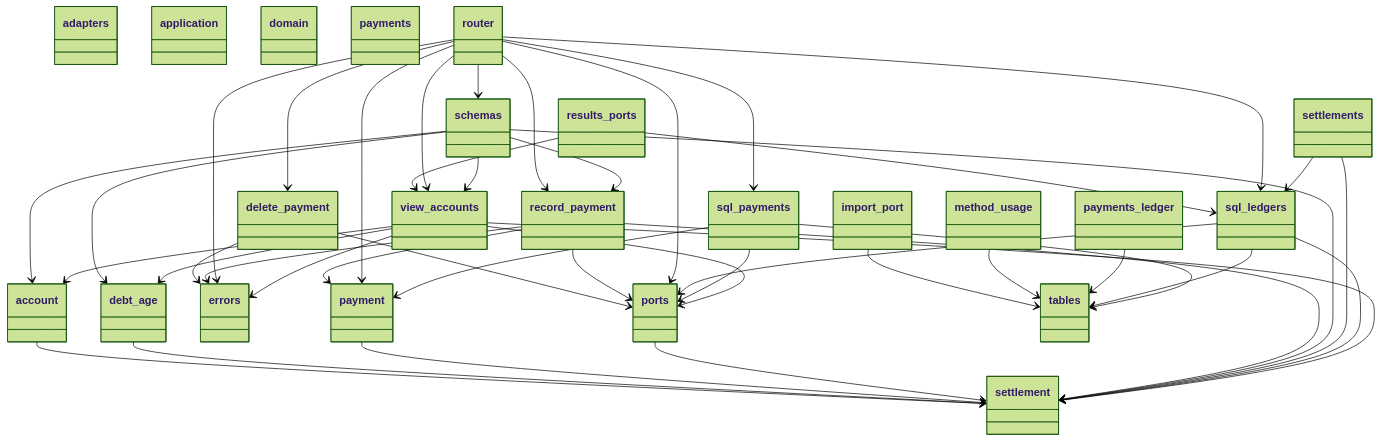
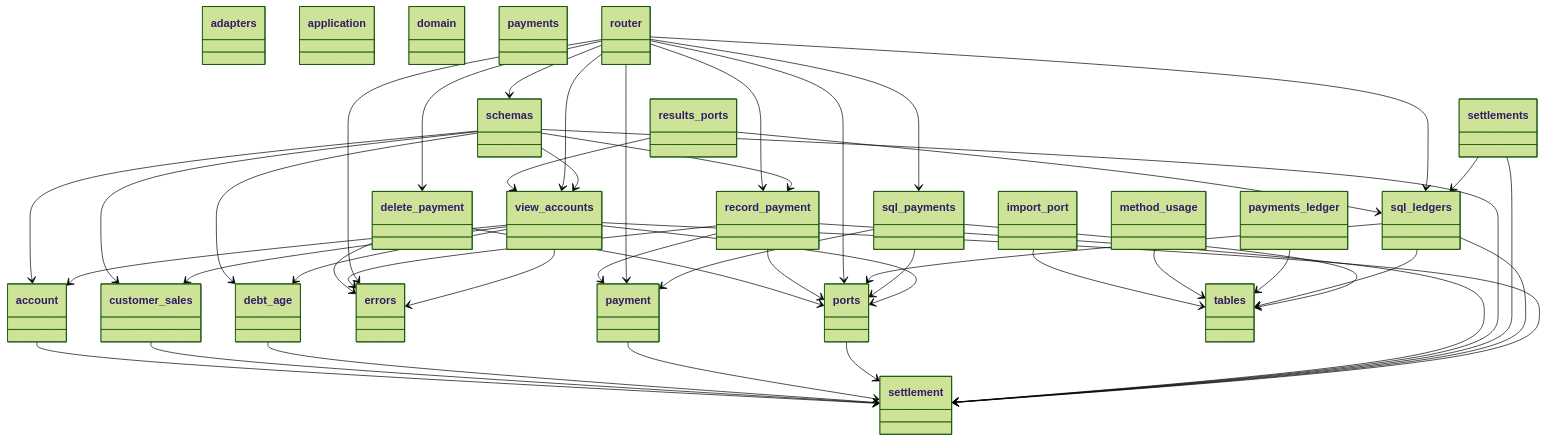
The first of 4 diagrams in docs/architecture/generated/classes/payments.md (GonzaloZevallos/apostrophe), drawn with Mermaid (forest theme) before and after one commit. The commit also changed other lines of this file and 3 other files, not shown here.

```diff
--- a/docs/architecture/generated/classes/payments.md
+++ b/docs/architecture/generated/classes/payments.md
@@ -11,6 +11,8 @@
   class adapters {
   }
   class application {
+  }
+  class customer_sales {
   }
   class debt_age {
   }
@@ -53,6 +55,7 @@
   class view_accounts {
   }
   account --> settlement
+  customer_sales --> settlement
   debt_age --> settlement
   delete_payment --> errors
   delete_payment --> ports
@@ -77,6 +80,7 @@
   router --> sql_payments
   router --> view_accounts
   schemas --> account
+  schemas --> customer_sales
   schemas --> debt_age
   schemas --> record_payment
   schemas --> settlement
@@ -90,6 +94,7 @@
   sql_payments --> ports
   sql_payments --> tables
   view_accounts --> account
+  view_accounts --> customer_sales
   view_accounts --> debt_age
   view_accounts --> errors
   view_accounts --> ports
```
